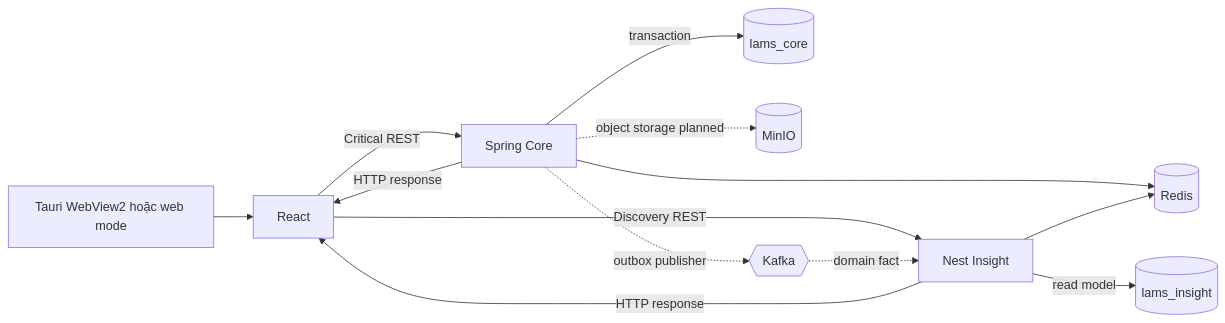
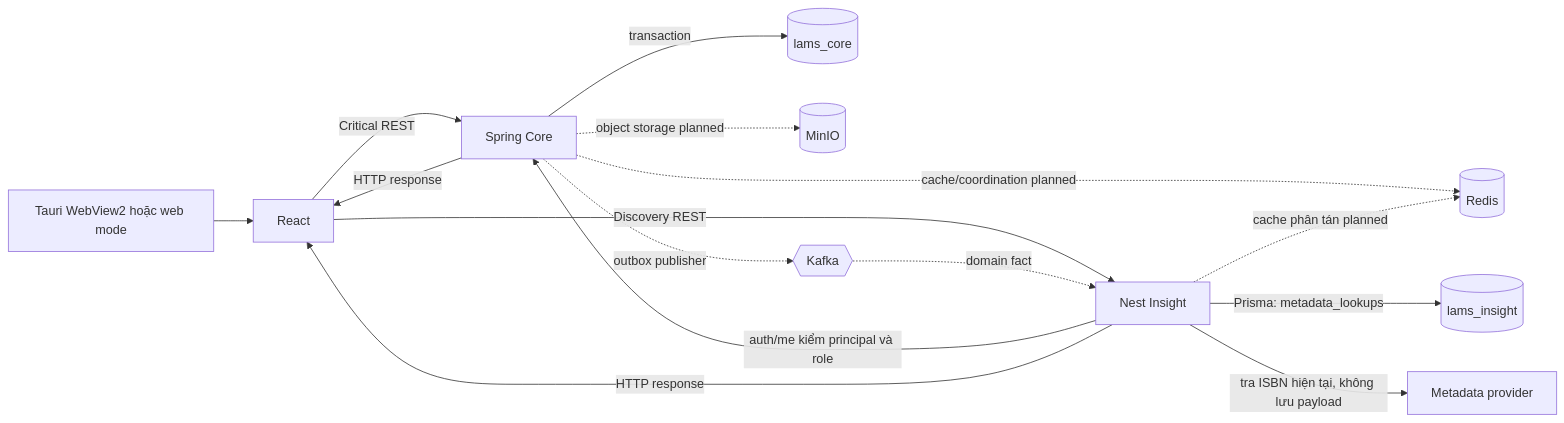
One commit to Shuuma4869/He-thong-quan-ly-va-khai-thac-thu-vien changed the first of 2 diagrams in tai-lieu/08-van-hanh/system-flow.md. Above: the diagram before and after it, drawn with Mermaid. The commit also changed 22 other files, not shown here.

````diff
--- a/tai-lieu/08-van-hanh/system-flow.md
+++ b/tai-lieu/08-van-hanh/system-flow.md
@@ -7,15 +7,17 @@
 ```mermaid
 flowchart LR
   B[Tauri WebView2 hoặc web mode] --> R[React]
   R -->|Critical REST| S[Spring Core]
   R -->|Discovery REST| N[Nest Insight]
   S -->|transaction| CDB[(lams_core)]
-  N -->|read model| IDB[(lams_insight)]
-  S --> RC[(Redis)]
-  N --> RC
+  N -->|Prisma: metadata_lookups| IDB[(lams_insight)]
+  N -->|auth/me kiểm principal và role| S
+  N -->|tra ISBN hiện tại, không lưu payload| MP[Metadata provider]
+  S -.cache/coordination planned.-> RC[(Redis)]
+  N -.cache phân tán planned.-> RC
   S -.object storage planned.-> OS[(MinIO)]
   S -.outbox publisher.-> K{{Kafka}}
   K -.domain fact.-> N
   S -->|HTTP response| R
   N -->|HTTP response| R
 ```
````
